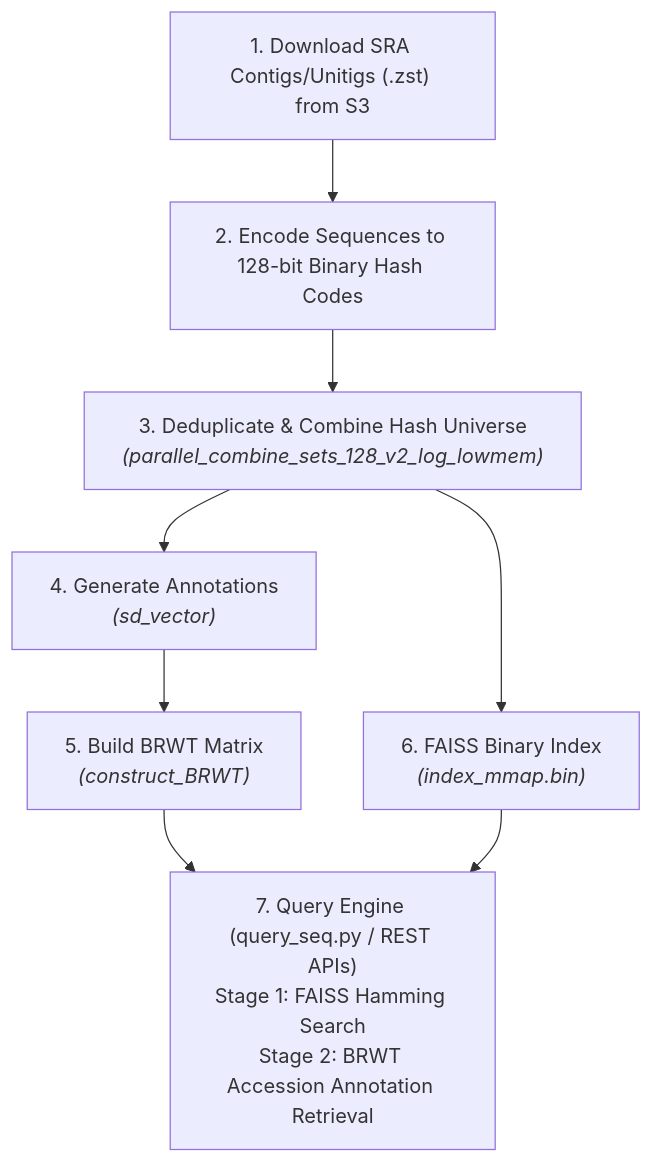
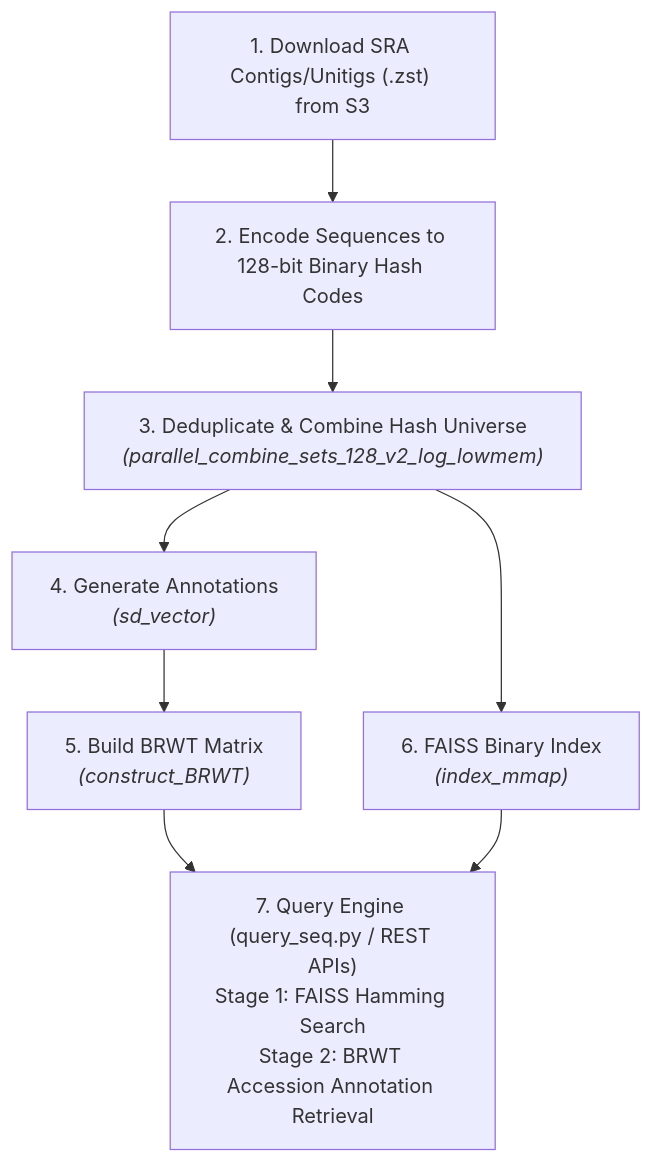
The diagram in architecture.md (tracywong117/meshmetal.docs), drawn with Mermaid before and after one commit. The commit also changed 11 other files, not shown here.

````diff
--- a/architecture.md
+++ b/architecture.md
@@ -7,10 +7,10 @@
 ```mermaid
 flowchart TD
     S1["<div>1. Download SRA Contigs/Unitigs (.zst) from S3</div>"] --> S2["<div>2. Encode Sequences to 128-bit Binary Hash Codes<br/></div>"]
     S2 --> S3["<div>3. Deduplicate & Combine Hash Universe<br/><i>(parallel_combine_sets_128_v2_log_lowmem)</i></div>"]
     S3 --> S4["<div>4. Generate Annotations<br/><i>(sd_vector)</i></div>"]
-    S3 --> S6["<div>6. FAISS Binary Index<br/><i>(index_mmap.bin)</i></div>"]
+    S3 --> S6["<div>6. FAISS Binary Index<br/><i>(index_mmap)</i></div>"]
     S4 --> S5["<div>5. Build BRWT Matrix<br/><i>(construct_BRWT)</i></div>"]
     S5 --> S7["<div>7. Query Engine (query_seq.py / REST APIs)<br/>Stage 1: FAISS Hamming Search<br/>Stage 2: BRWT Accession Annotation Retrieval</div>"]
     S6 --> S7
 ```
````
